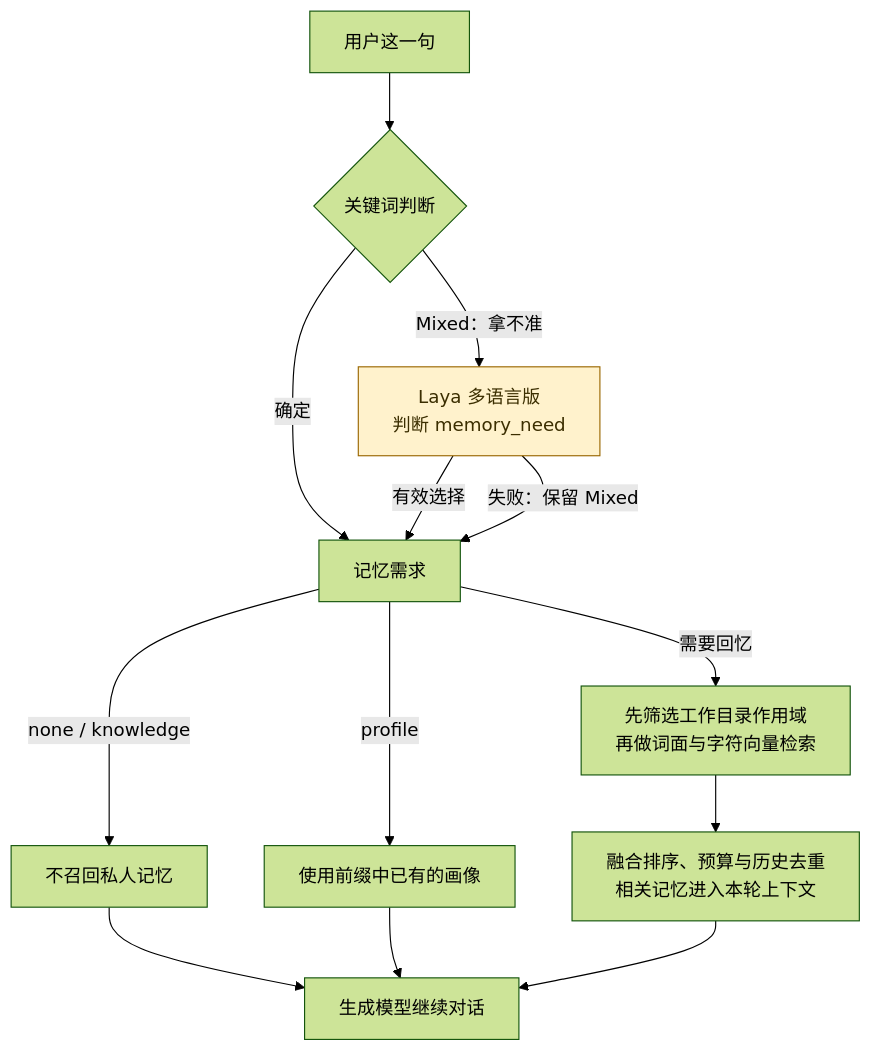
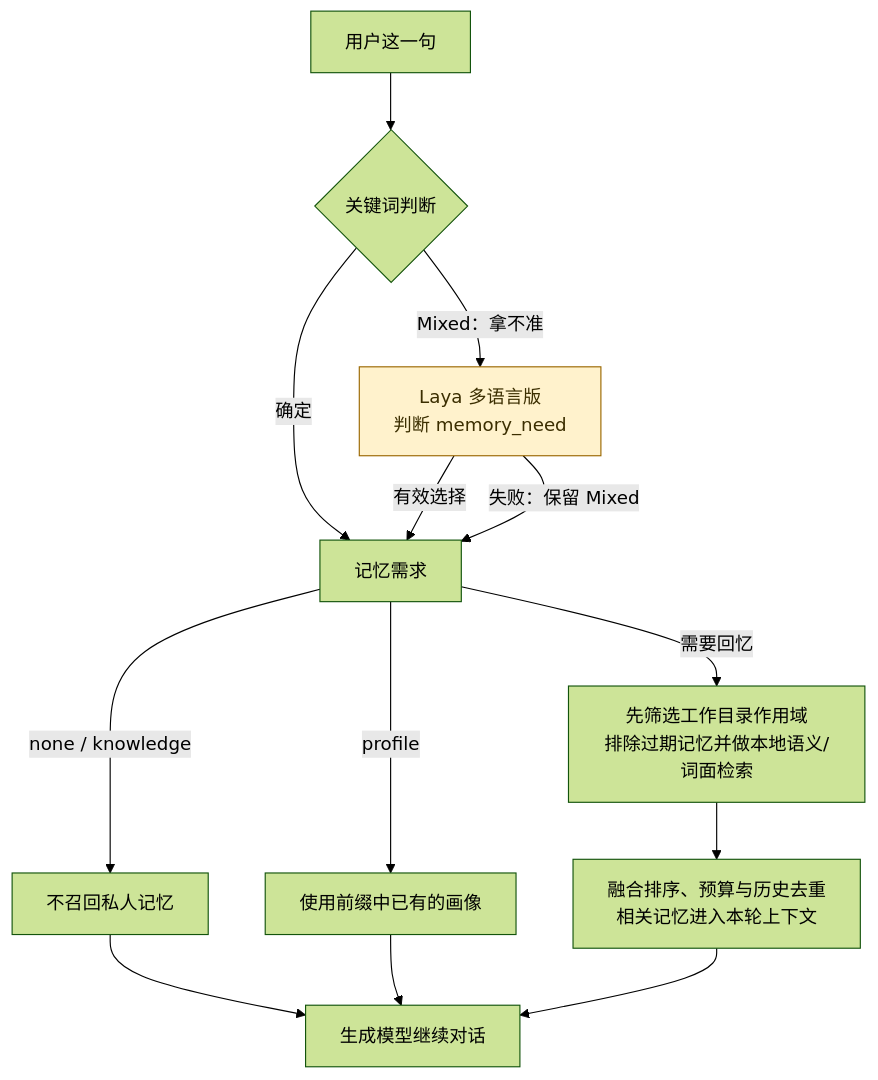
The second of 6 diagrams in README.md (sjxbbdb/YunXi-Bot), drawn with Mermaid (forest theme) before and after one commit. The commit also changed other lines of this file and 37 other files, not shown here.

````diff
--- a/README.md
+++ b/README.md
@@ -233,17 +238,17 @@
 ```mermaid
 flowchart TB
     INPUT[用户这一句] --> GATE{关键词判断}
     GATE -->|确定| NEED[记忆需求]
     GATE -->|Mixed：拿不准| V[Laya 多语言版<br/>判断 memory_need]
     V -->|有效选择| NEED
     V -->|失败：保留 Mixed| NEED
     NEED -->|none / knowledge| SKIP[不召回私人记忆]
     NEED -->|profile| PROFILE[使用前缀中已有的画像]
-    NEED -->|需要回忆| SEARCH[先筛选工作目录作用域<br/>再做词面与字符向量检索]
+    NEED -->|需要回忆| SEARCH[先筛选工作目录作用域<br/>排除过期记忆并做本地语义/词面检索]
     SEARCH --> TAIL[融合排序、预算与历史去重<br/>相关记忆进入本轮上下文]
     SKIP --> ANSWER[生成模型继续对话]
     PROFILE --> ANSWER
     TAIL --> ANSWER
     classDef decision fill:#fff2cc,stroke:#9a6700,color:#3b2e00;
     class V decision;
 ```
````
